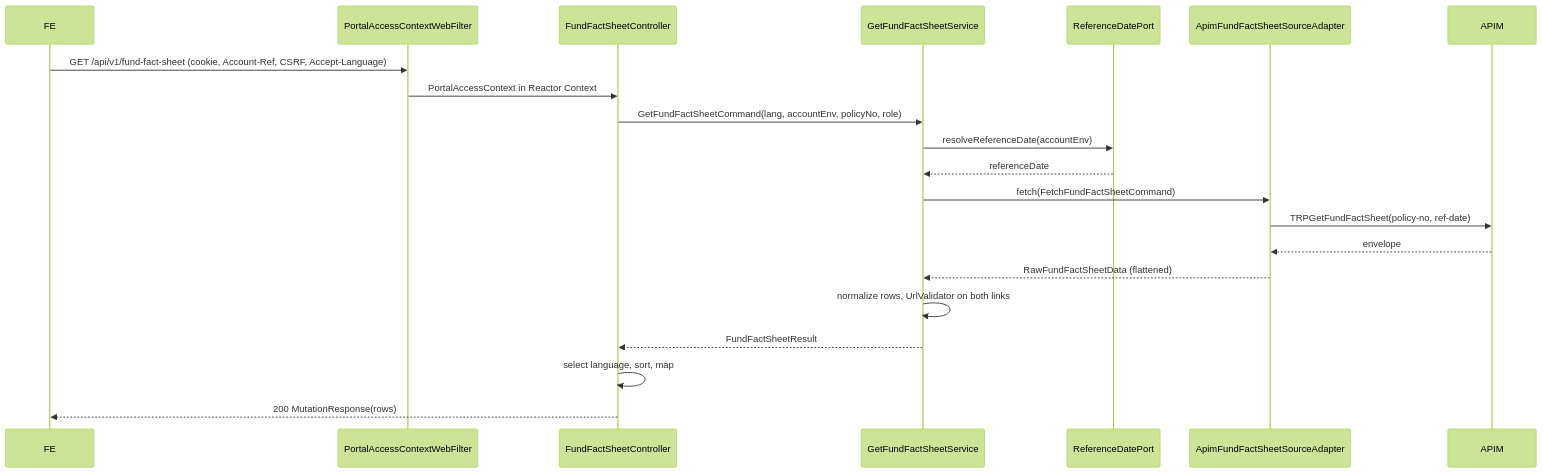
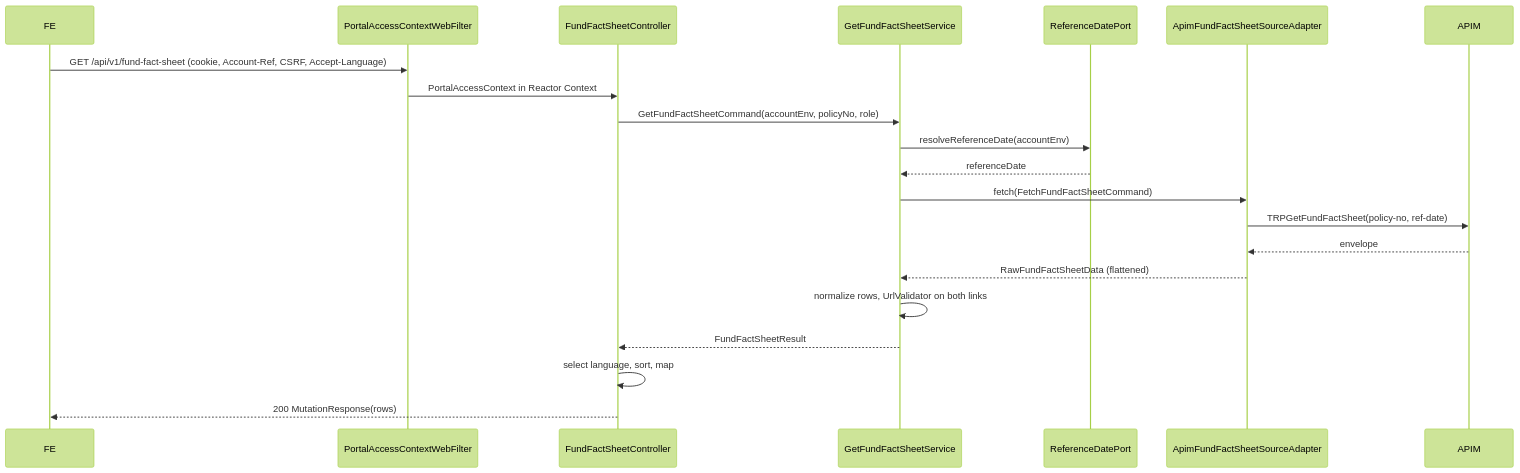
Before and after one commit to kcw30165/tpa-api-service: the first of 3 diagrams in docs/design/11-fund-fact-sheet/fund-fact-sheet-sequence-diagrams.md, drawn with Mermaid (forest theme). The commit also changed 12 other files, not shown here.

Commit message:
docs(fund-fact-sheet): correct design pack after Stage 0 investigation

````diff
--- a/docs/design/11-fund-fact-sheet/fund-fact-sheet-sequence-diagrams.md
+++ b/docs/design/11-fund-fact-sheet/fund-fact-sheet-sequence-diagrams.md
@@ -5,23 +5,23 @@
 ```mermaid
 sequenceDiagram
     participant FE
     participant Filter as PortalAccessContextWebFilter
     participant Ctl as FundFactSheetController
     participant UC as GetFundFactSheetService
     participant Ref as ReferenceDatePort
     participant Ad as ApimFundFactSheetSourceAdapter
     participant APIM
     FE->>Filter: GET /api/v1/fund-fact-sheet (cookie, Account-Ref, CSRF, Accept-Language)
     Filter->>Ctl: PortalAccessContext in Reactor Context
-    Ctl->>UC: GetFundFactSheetCommand(lang, accountEnv, policyNo, role)
+    Ctl->>UC: GetFundFactSheetCommand(accountEnv, policyNo, role)
     UC->>Ref: resolveReferenceDate(accountEnv)
     Ref-->>UC: referenceDate
     UC->>Ad: fetch(FetchFundFactSheetCommand)
     Ad->>APIM: TRPGetFundFactSheet(policy-no, ref-date)
     APIM-->>Ad: envelope
     Ad-->>UC: RawFundFactSheetData (flattened)
     UC->>UC: normalize rows, UrlValidator on both links
     UC-->>Ctl: FundFactSheetResult
     Ctl->>Ctl: select language, sort, map
     Ctl-->>FE: 200 MutationResponse(rows)
 ```
````
